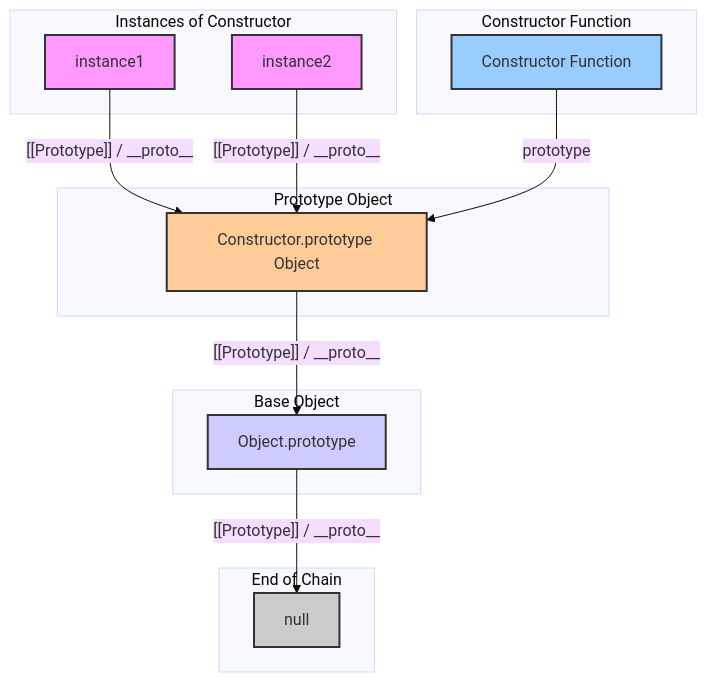
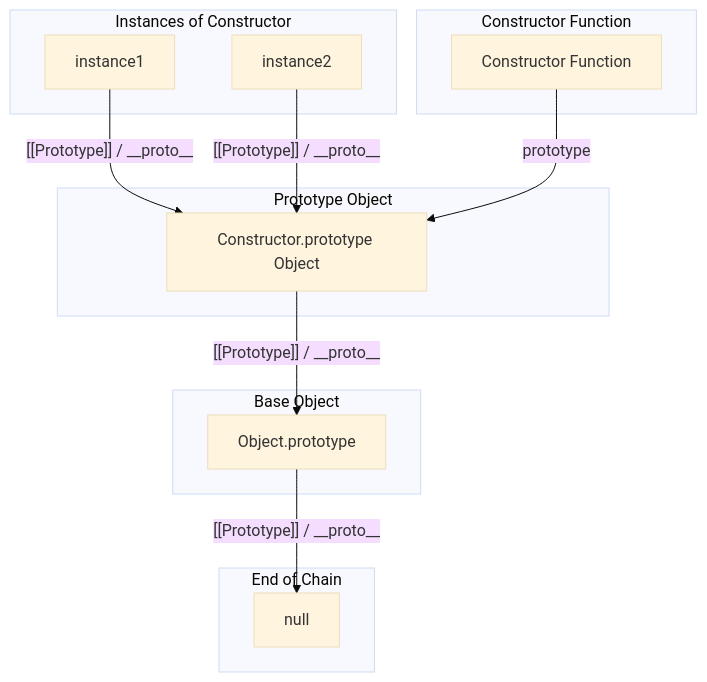
The first of 2 diagrams in source/_posts/2024/2024-03-27_深入理解JavaScript原型链（Prototype Chain）.md (teatang/t-blog), drawn with Mermaid (base theme) before and after one commit. The commit also changed other lines of this file and 24 other files, not shown here.

```diff
--- a/source/_posts/2024/2024-03-27_深入理解JavaScript原型链（Prototype Chain）.md
+++ b/source/_posts/2024/2024-03-27_深入理解JavaScript原型链（Prototype Chain）.md
@@ -93,36 +93,29 @@
 {% mermaid %}
 graph TD
     subgraph Instances of Constructor
         A[instance1]
         B[instance2]
     end
 
     subgraph Constructor Function
         C[Constructor Function]
     end
 
     subgraph Prototype Object
         D[Constructor.prototype Object]
     end
 
     subgraph Base Object
         E[Object.prototype]
     end
 
     subgraph End of Chain
         F[null]
     end
 
     A -- [[Prototype]] / __proto__ --> D
     B -- [[Prototype]] / __proto__ --> D
     C -- prototype --> D
     D -- [[Prototype]] / __proto__ --> E
     E -- [[Prototype]] / __proto__ --> F
-
-    style A fill:#f9f,stroke:#333,stroke-width:2px;
-    style B fill:#f9f,stroke:#333,stroke-width:2px;
-    style C fill:#9cf,stroke:#333,stroke-width:2px;
-    style D fill:#fc9,stroke:#333,stroke-width:2px;
-    style E fill:#ccf,stroke:#333,stroke-width:2px;
-    style F fill:#ccc,stroke:#333,stroke-width:2px;
 {% endmermaid %}
```
